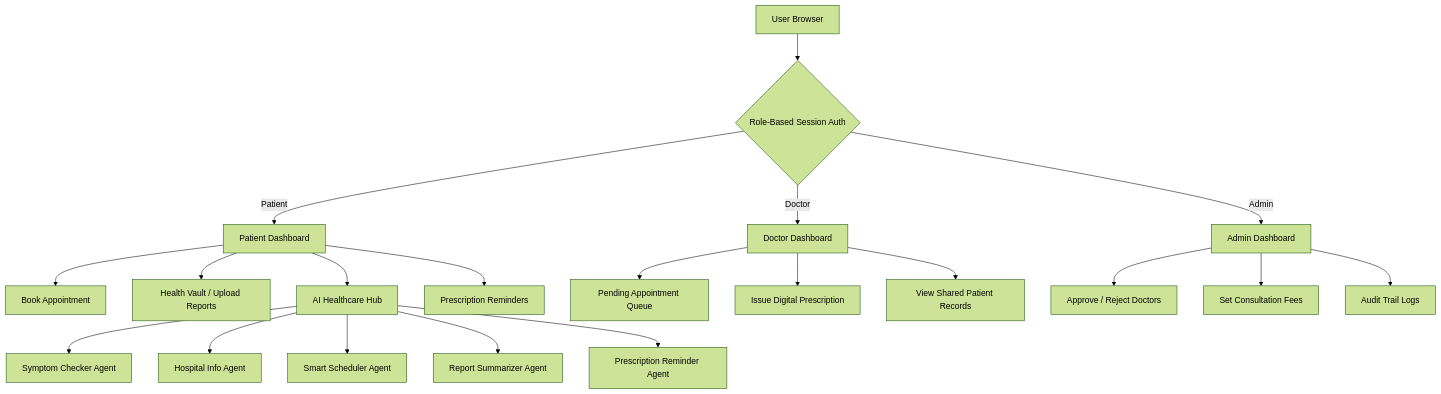
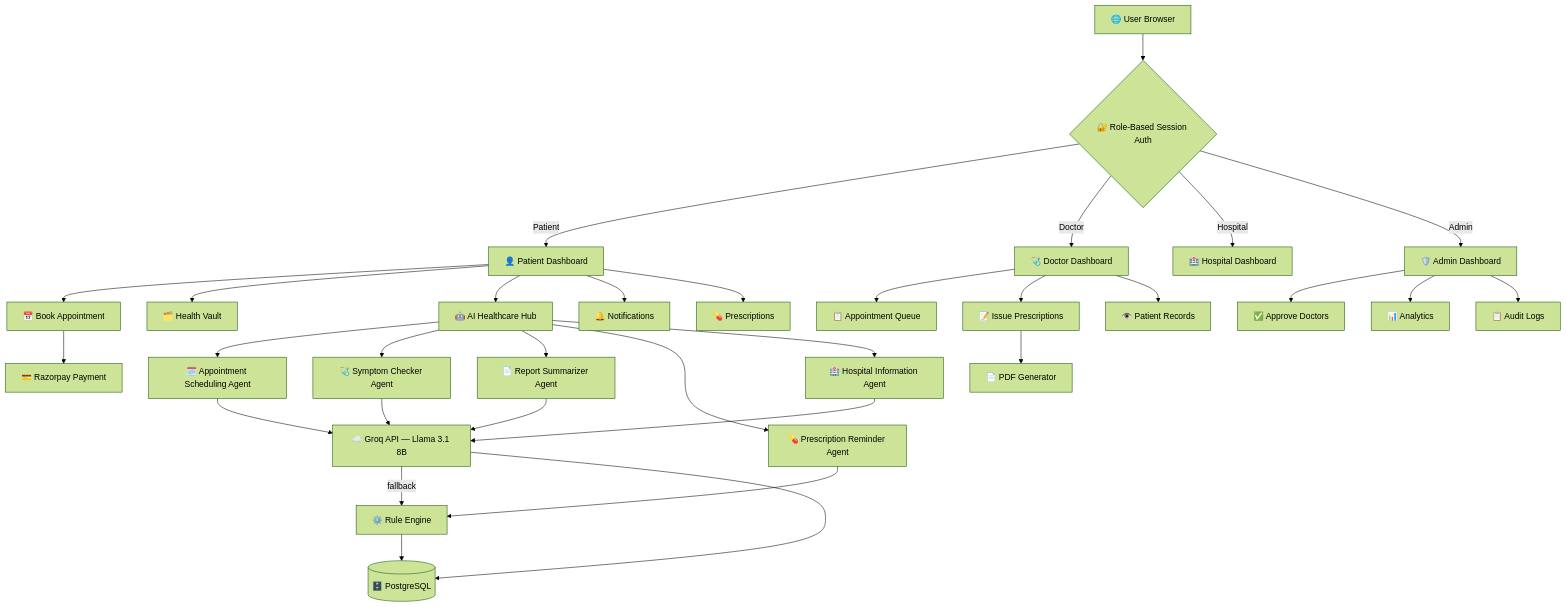
Before and after one commit to PRAGATHISH-2006/medical_appointment_system: the diagram in README.md, drawn with Mermaid (forest theme). The commit also changed other lines of this file, not shown here.

Commit message:
docs: complete README with AI agents, tech stack, architecture and deployment guide

````diff
--- a/README.md
+++ b/README.md
@@ -48,26 +270,42 @@
 ```mermaid
 graph TD
-    A[User Browser] --> B{Role-Based Session Auth}
-    B -->|Patient| C[Patient Dashboard]
-    B -->|Doctor| D[Doctor Dashboard]
-    B -->|Admin| E[Admin Dashboard]
+    A[🌐 User Browser] --> B{🔐 Role-Based Session Auth}
+    B -->|Patient| C[👤 Patient Dashboard]
+    B -->|Doctor| D[🩺 Doctor Dashboard]
+    B -->|Hospital| H[🏥 Hospital Dashboard]
+    B -->|Admin| E[🛡️ Admin Dashboard]
 
-    C --> C1[Book Appointment]
-    C --> C2[Health Vault / Upload Reports]
-    C --> C3[AI Healthcare Hub]
-    C --> C4[Prescription Reminders]
+    C --> C1[📅 Book Appointment]
+    C --> C2[🗂️ Health Vault]
+    C --> C3[🤖 AI Healthcare Hub]
+    C --> C4[🔔 Notifications]
+    C --> C5[💊 Prescriptions]
 
-    C3 --> AI1[Symptom Checker Agent]
-    C3 --> AI2[Hospital Info Agent]
-    C3 --> AI3[Smart Scheduler Agent]
-    C3 --> AI4[Report Summarizer Agent]
-    C3 --> AI5[Prescription Reminder Agent]
+    C3 --> AI1[🗓️ Appointment Scheduling Agent]
+    C3 --> AI2[🩺 Symptom Checker Agent]
+    C3 --> AI3[📄 Report Summarizer Agent]
+    C3 --> AI4[💊 Prescription Reminder Agent]
+    C3 --> AI5[🏥 Hospital Information Agent]
 
-    D --> D1[Pending Appointment Queue]
-    D --> D2[Issue Digital Prescription]
-    D --> D3[View Shared Patient Records]
+    AI1 --> GROQ[☁️ Groq API — Llama 3.1 8B]
+    AI2 --> GROQ
+    AI3 --> GROQ
+    AI5 --> GROQ
+    AI4 --> RULE[⚙️ Rule Engine]
 
-    E --> E1[Approve / Reject Doctors]
-    E --> E2[Set Consultation Fees]
-    E --> E3[Audit Trail Logs]
+    GROQ -->|fallback| RULE
+
+    D --> D1[📋 Appointment Queue]
+    D --> D2[📝 Issue Prescriptions]
+    D --> D3[👁️ Patient Records]
+
+    E --> E1[✅ Approve Doctors]
+    E --> E2[📊 Analytics]
+    E --> E3[📋 Audit Logs]
+
+    C1 --> PAY[💳 Razorpay Payment]
+    D2 --> PDF[📄 PDF Generator]
+
+    GROQ --> DB[(🗄️ PostgreSQL)]
+    RULE --> DB
 ```
````
